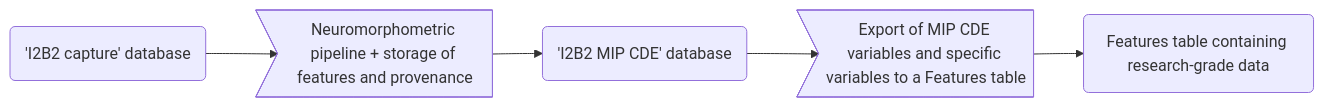
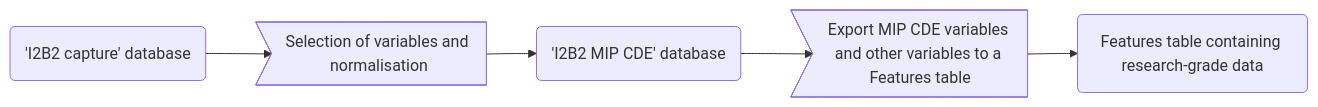
One commit to HBPMedical/specifications changed the sixth of 6 diagrams in content/data-factory/pipelines.md. Above: the diagram before and after it, drawn with Mermaid. The commit also changed other lines of this file and 10 other files, not shown here.

```diff
--- a/content/data-factory/pipelines.md
+++ b/content/data-factory/pipelines.md
@@ -102,12 +107,12 @@
 {{<mermaid align="left">}}
 graph LR
         data_in('I2B2 capture' database)
         data_normalised('I2B2 MIP CDE' database)
         data_out(Features table containing research-grade data)
-        processing> Neuromorphometric pipeline + storage of features and provenance]
-        export> Export of MIP CDE variables and specific variables to a Features table]
+        processing> Selection of variables and normalisation]
+        export> Export MIP CDE variables and other variables to a Features table]
         data_in --> processing
         processing --> data_normalised
         data_normalised --> export
         export --> data_out
 {{< /mermaid >}}
```
